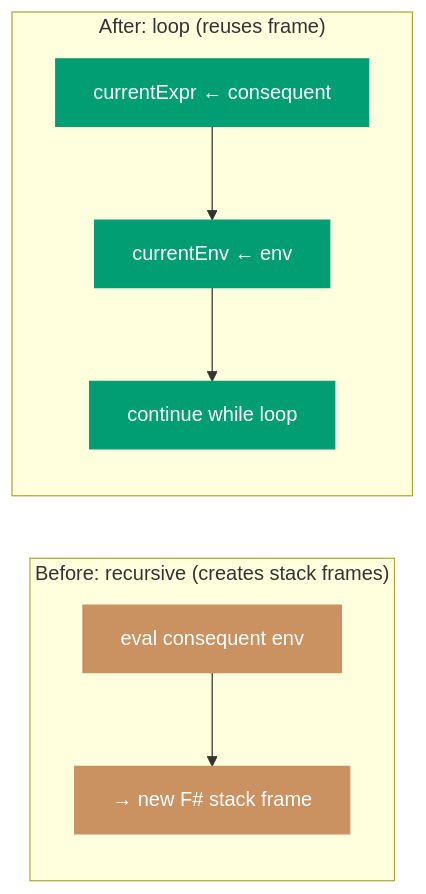
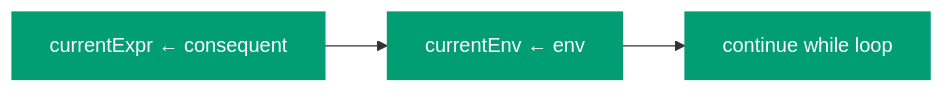
Diagram 11 of 21 in apps/ayokoding-web/content/en/learn/software-engineering/compilers-and-interpreters/lisp-interpreter-in-fsharp/part-6-tail-call-optimization.md (wahidyankf/open-sharia-enterprise), drawn with Mermaid before and after one commit. The commit also changed other lines of this file and 6 other files, not shown here.

First line of the commit message:
fix(ayokoding-web): fix mermaid parse errors and split comparison diagrams

````diff
--- a/apps/ayokoding-web/content/en/learn/software-engineering/compilers-and-interpreters/lisp-interpreter-in-fsharp/part-6-tail-call-optimization.md
+++ b/apps/ayokoding-web/content/en/learn/software-engineering/compilers-and-interpreters/lisp-interpreter-in-fsharp/part-6-tail-call-optimization.md
@@ -163,22 +171,8 @@
 ```mermaid
 %% Color palette: Blue #0173B2, Orange #DE8F05, Teal #029E73, Purple #CC78BC, Brown #CA9161, Gray #808080
 flowchart LR
-    subgraph Before["Before: recursive (creates stack frames)"]
-        B1["eval consequent env"]
-        B2["→ new F# stack frame"]
-        B1 --> B2
-    end
+    A1["currentExpr ← consequent"] --> A2["currentEnv ← env"] --> A3["continue while loop"]
 
-    subgraph After["After: loop (reuses frame)"]
-        A1["currentExpr ← consequent"]
-        A2["currentEnv ← env"]
-        A3["continue while loop"]
-        A1 --> A2 --> A3
-    end
-
-    classDef brown fill:#CA9161,color:#fff,stroke:#CA9161
     classDef teal fill:#029E73,color:#fff,stroke:#029E73
-
-    class B1,B2 brown
     class A1,A2,A3 teal
 ```
````
